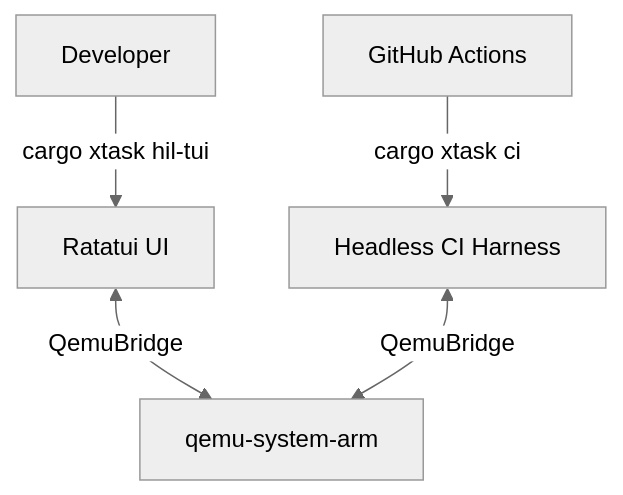
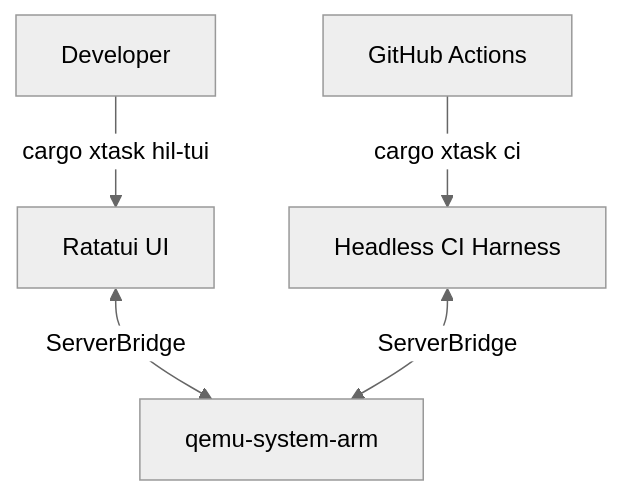
The diagram in control-rs-xtask/README.md (Dyse-Industries/control-rs), drawn with Mermaid (neutral theme) before and after one commit. The commit also changed other lines of this file and 59 other files, not shown here.

````diff
--- a/control-rs-xtask/README.md
+++ b/control-rs-xtask/README.md
@@ -14,7 +14,7 @@
 ```mermaid
 graph TD
     User[Developer] -->|cargo xtask hil-tui| TUI[Ratatui UI]
     CI[GitHub Actions] -->|cargo xtask ci| CIHarness[Headless CI Harness]
-    TUI <-->|QemuBridge| QEMU[qemu-system-arm]
-    CIHarness <-->|QemuBridge| QEMU
+    TUI <-->|ServerBridge| QEMU[qemu-system-arm]
+    CIHarness <-->|ServerBridge| QEMU
 ```
````
